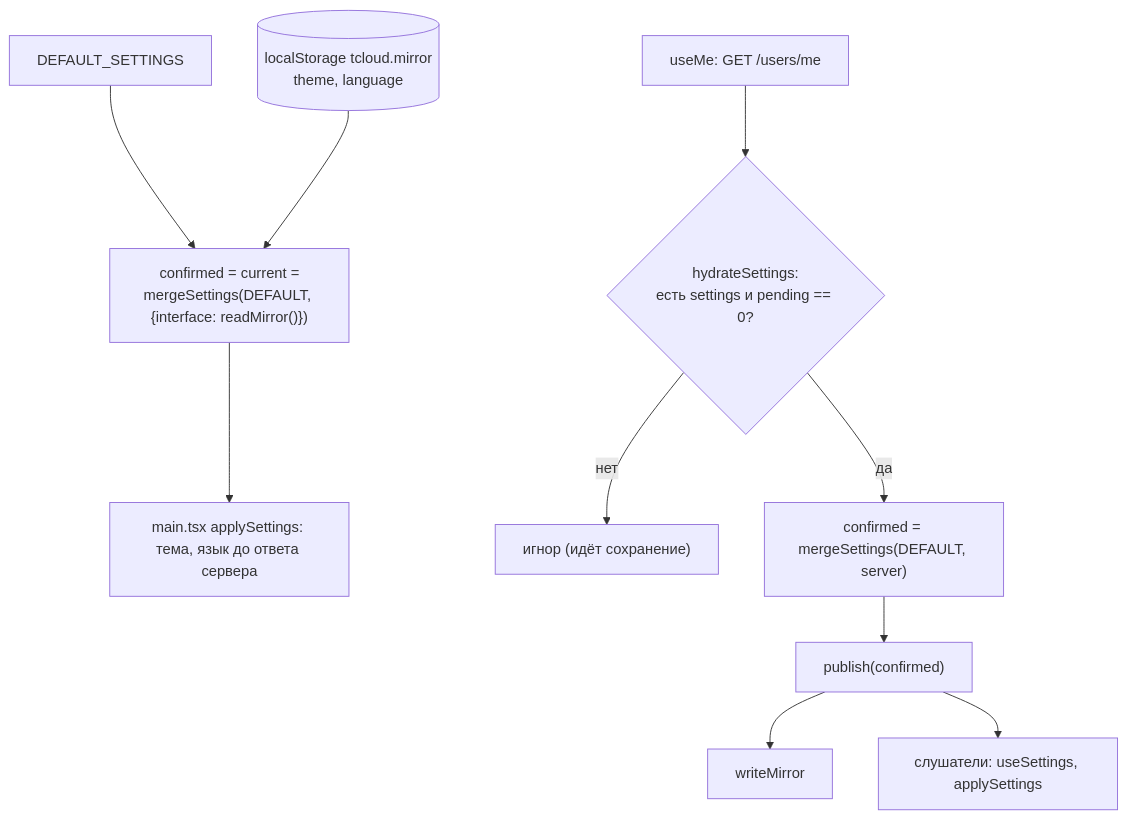
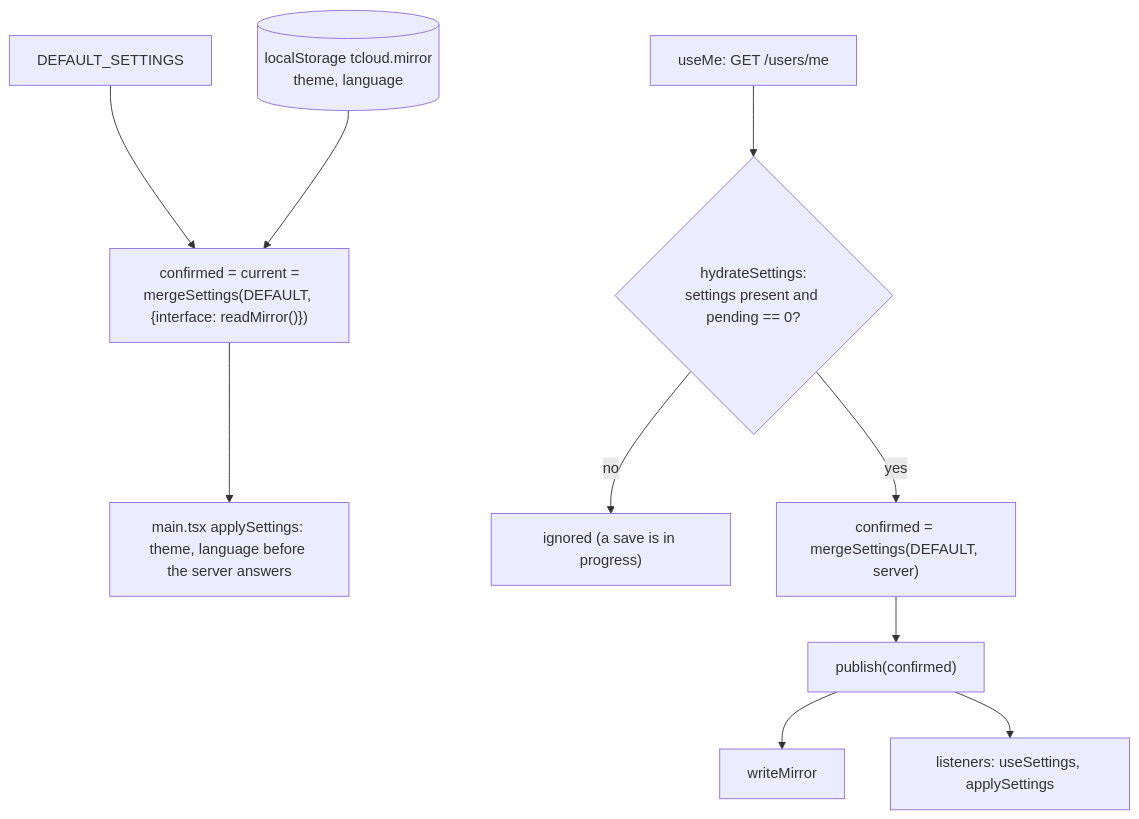
One commit to NikitkaZXC/tcloud-frontend changed the third of 5 diagrams in docs/data-flow.md. Above: the diagram before and after it, drawn with Mermaid. The commit also changed other lines of this file and 8 other files, not shown here.

````diff
--- a/docs/data-flow.md
+++ b/docs/data-flow.md
@@ -144,12 +149,12 @@
 ```mermaid
 flowchart TD
     def["DEFAULT_SETTINGS"] --> boot["confirmed = current =<br/>mergeSettings(DEFAULT, {interface: readMirror()})"]
     mirror[("localStorage tcloud.mirror<br/>theme, language")] --> boot
-    boot --> apply1["main.tsx applySettings: тема, язык до ответа сервера"]
-    me["useMe: GET /users/me"] --> hyd{"hydrateSettings:<br/>есть settings и pending == 0?"}
-    hyd -- нет --> skip["игнор (идёт сохранение)"]
-    hyd -- да --> merge["confirmed = mergeSettings(DEFAULT, server)"]
+    boot --> apply1["main.tsx applySettings: theme, language before the server answers"]
+    me["useMe: GET /users/me"] --> hyd{"hydrateSettings:<br/>settings present and pending == 0?"}
+    hyd -- no --> skip["ignored (a save is in progress)"]
+    hyd -- yes --> merge["confirmed = mergeSettings(DEFAULT, server)"]
     merge --> pub["publish(confirmed)"]
     pub --> mirrorW["writeMirror"]
-    pub --> listeners["слушатели: useSettings, applySettings"]
+    pub --> listeners["listeners: useSettings, applySettings"]
 ```
````
